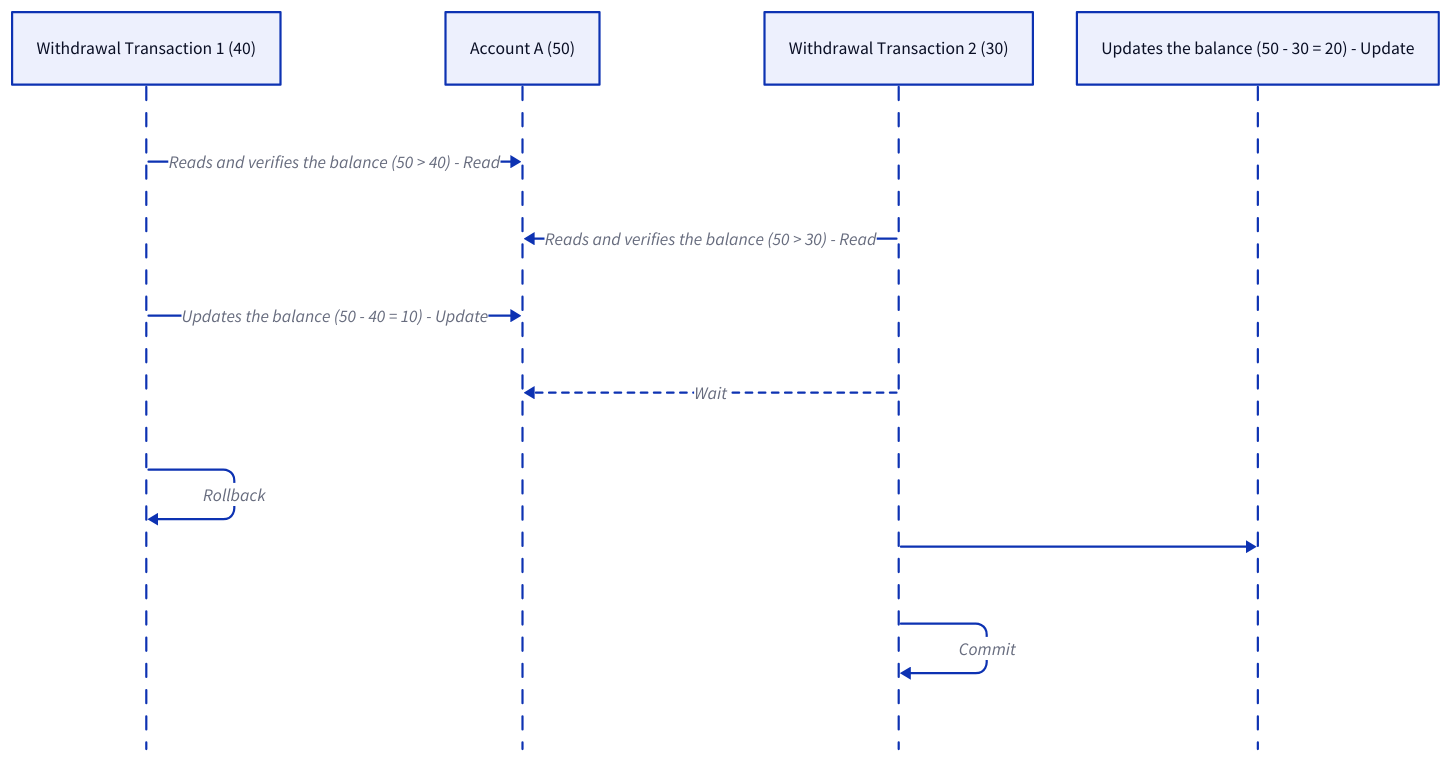
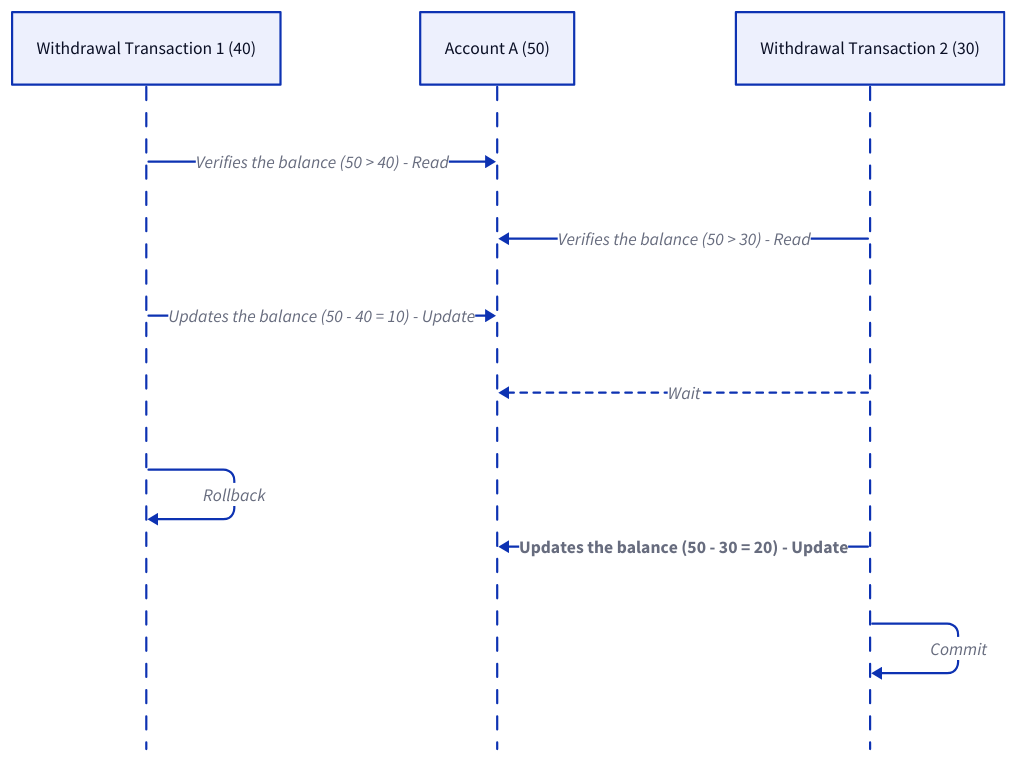
Before and after one commit to link1905/system-design-101: diagram 21 of 29 in content/docs/data-persistence/sql-database/concurrency-control.md, drawn with D2. The commit also changed other lines of this file and 40 other files, not shown here.

````diff
--- a/content/docs/data-persistence/sql-database/concurrency-control.md
+++ b/content/docs/data-persistence/sql-database/concurrency-control.md
@@ -605,18 +622,20 @@
 ```d2
 
 shape: sequence_diagram
 t1: Withdrawal Transaction 1 (40)
 a: Account A (50)
 t2: Withdrawal Transaction 2 (30)
-t1 -> a: Reads and verifies the balance (50 > 40) - Read
-t2 -> a: Reads and verifies the balance (50 > 30) - Read
+t1 -> a: Verifies the balance (50 > 40) - Read
+t2 -> a: Verifies the balance (50 > 30) - Read
 t1 -> a: Updates the balance (50 - 40 = 10) - Update
 t2 -> a: Wait {
-    style.stroke-dash: 3
+  style.stroke-dash: 3
 }
 t1 -> t1: Rollback {
-    class: error-conn
+  class: error-conn
 }
-t2 -> Updates the balance (50 - 30 = 20) - Update
+t2 -> a: Updates the balance (50 - 30 = 20) - Update {
+  style.bold: true
+}
 t2 -> t2: Commit
 ```
````
